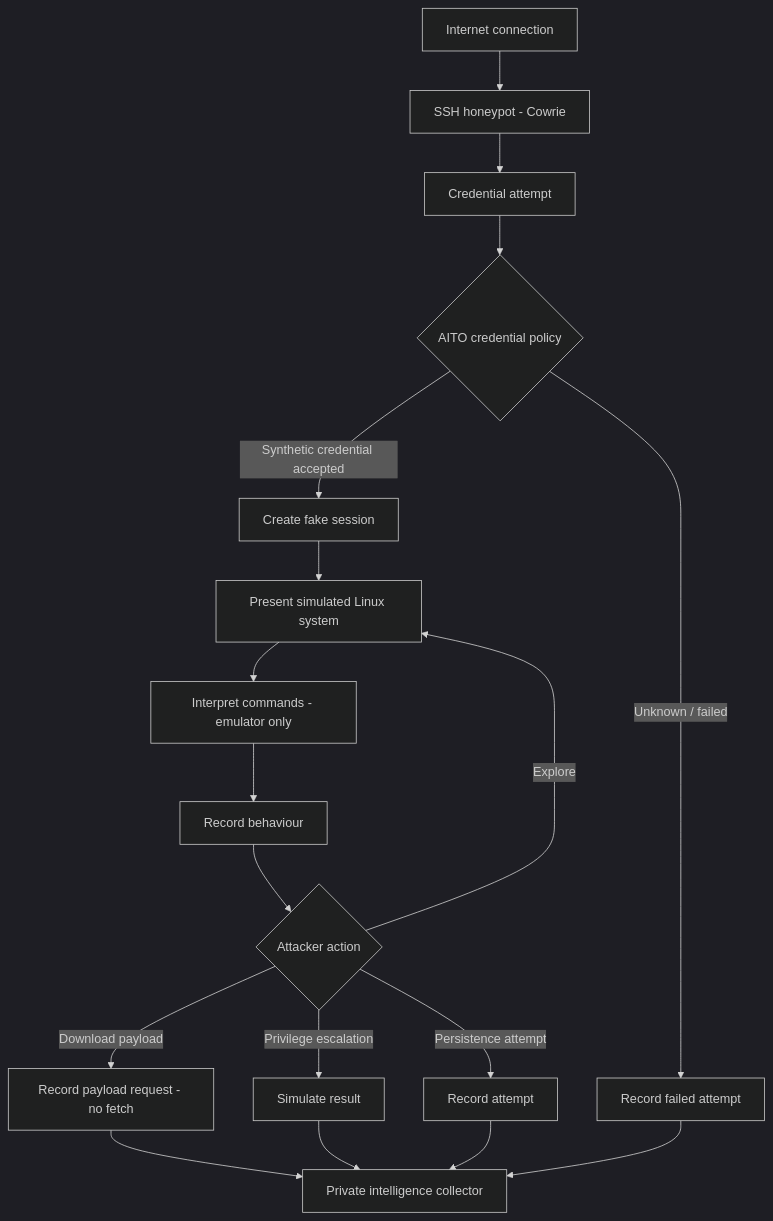
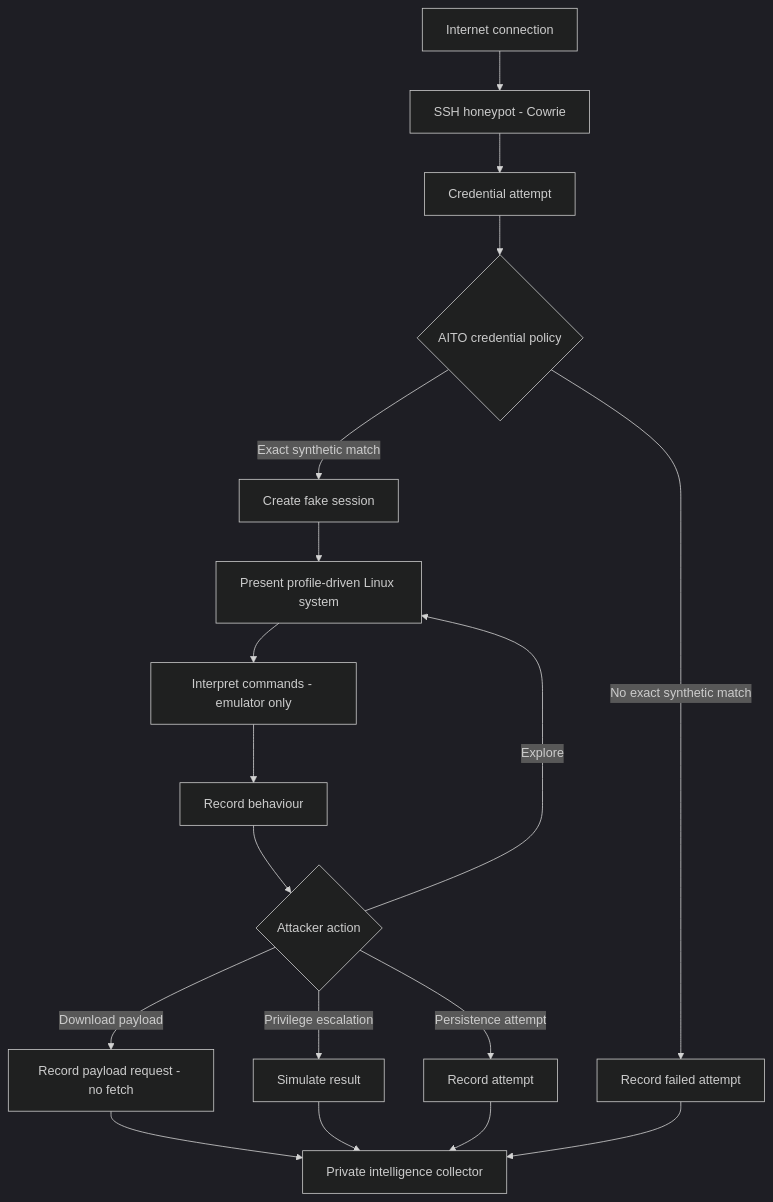
The diagram in docs/design/deceptive-access.md (GeneralKnowledge/BearJug), drawn with Mermaid (dark theme) before and after one commit. The commit also changed other lines of this file and 2 other files, not shown here.

````diff
--- a/docs/design/deceptive-access.md
+++ b/docs/design/deceptive-access.md
@@ -114,20 +151,20 @@
 ```mermaid
 flowchart TD
     A[Internet connection] --> B[SSH honeypot - Cowrie]
     B --> C[Credential attempt]
     C --> D{AITO credential policy}
-    D -->|Unknown / failed| E[Record failed attempt]
-    D -->|Synthetic credential accepted| F[Create fake session]
-    F --> G[Present simulated Linux system]
+    D -->|No exact synthetic match| E[Record failed attempt]
+    D -->|Exact synthetic match| F[Create fake session]
+    F --> G[Present profile-driven Linux system]
     G --> H[Interpret commands - emulator only]
     H --> I[Record behaviour]
     I --> J{Attacker action}
     J -->|Explore| G
     J -->|Download payload| K[Record payload request - no fetch]
     J -->|Privilege escalation| L[Simulate result]
     J -->|Persistence attempt| M[Record attempt]
     K --> N[Private intelligence collector]
     L --> N
     M --> N
     E --> N
 ```
````
